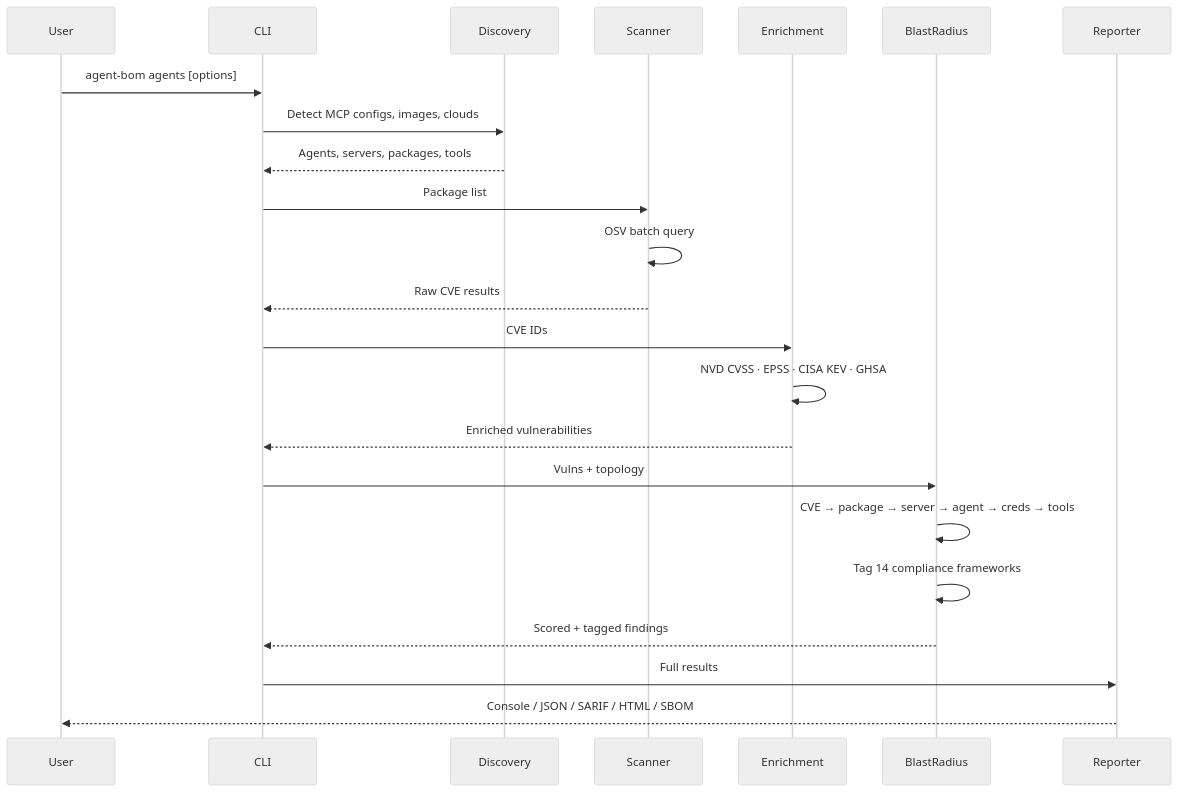
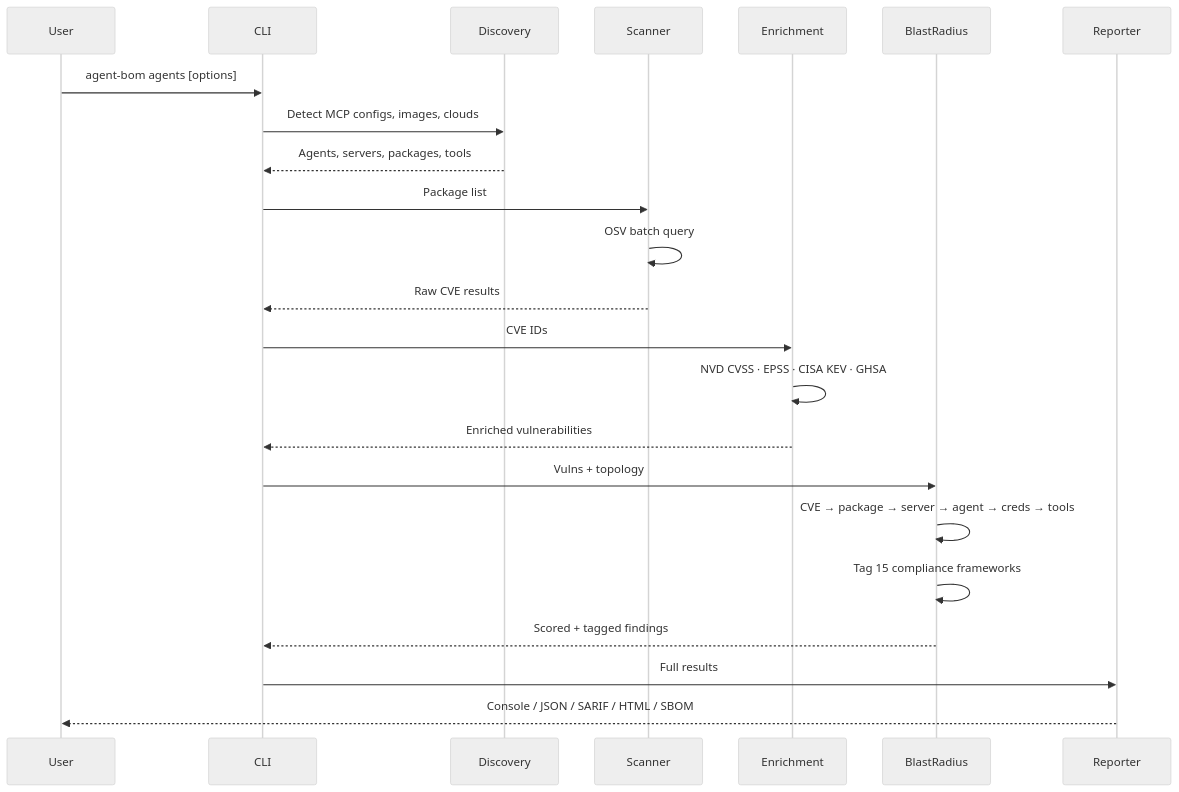
Before and after one commit to Rish-2006/agent-bom: the second of 5 diagrams in docs/ARCHITECTURE.md, drawn with Mermaid (neutral theme). The commit also changed other lines of this file and 8 other files, not shown here.

````diff
--- a/docs/ARCHITECTURE.md
+++ b/docs/ARCHITECTURE.md
@@ -80,30 +80,30 @@
 ```mermaid
 sequenceDiagram
     participant User
     participant CLI
     participant Discovery
     participant Scanner
     participant Enrichment
     participant BlastRadius
     participant Reporter
 
     User->>CLI: agent-bom agents [options]
     CLI->>Discovery: Detect MCP configs, images, clouds
     Discovery-->>CLI: Agents, servers, packages, tools
 
     CLI->>Scanner: Package list
     Scanner->>Scanner: OSV batch query
     Scanner-->>CLI: Raw CVE results
 
     CLI->>Enrichment: CVE IDs
     Enrichment->>Enrichment: NVD CVSS · EPSS · CISA KEV · GHSA
     Enrichment-->>CLI: Enriched vulnerabilities
 
     CLI->>BlastRadius: Vulns + topology
     BlastRadius->>BlastRadius: CVE → package → server → agent → creds → tools
-    BlastRadius->>BlastRadius: Tag 14 compliance frameworks
+    BlastRadius->>BlastRadius: Tag 15 compliance frameworks
     BlastRadius-->>CLI: Scored + tagged findings
 
     CLI->>Reporter: Full results
     Reporter-->>User: Console / JSON / SARIF / HTML / SBOM
 ```
````
